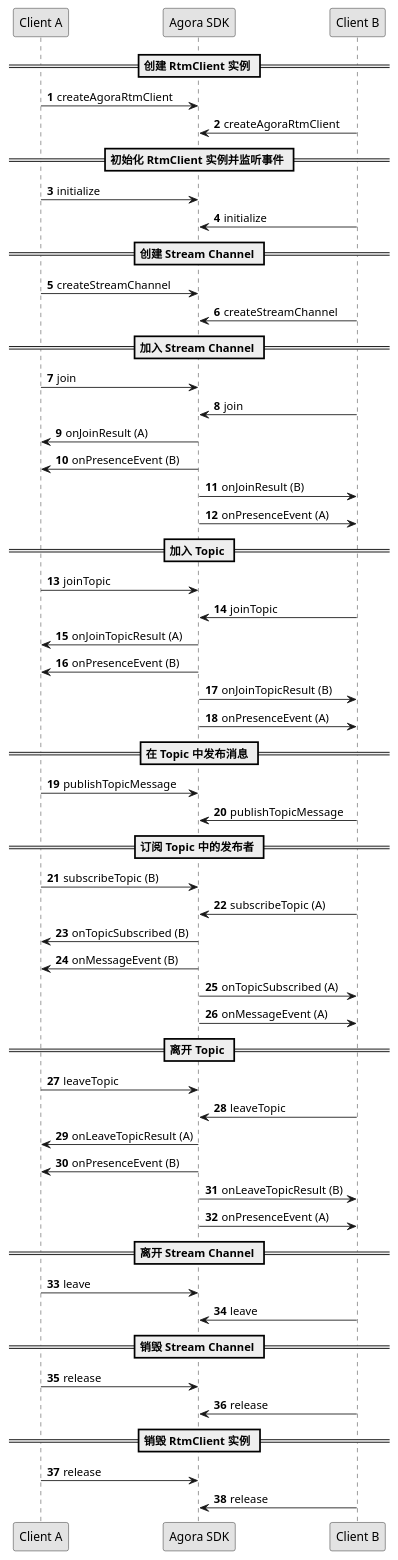
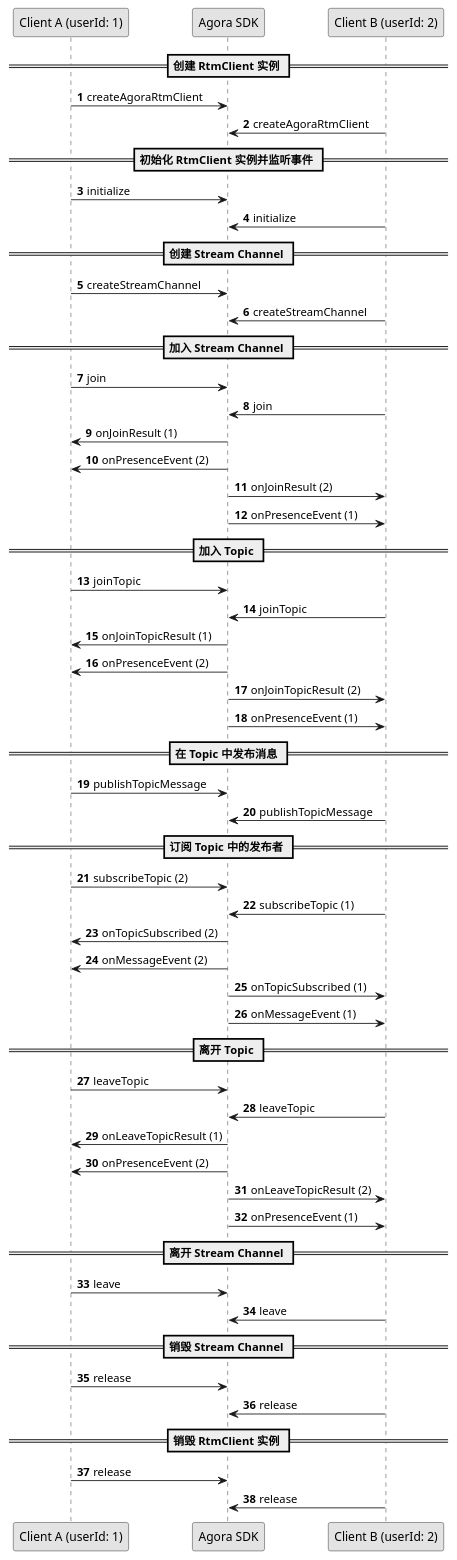
One commit to sadiea/agora_doc_source changed the diagram in markdown/RTM-2.x/image/flutter_RTM_streamchannel_call.wsd. Above: the diagram before and after it, drawn with PlantUML. The commit also changed 1 other file, not shown here.

```diff
--- a/markdown/RTM-2.x/image/flutter_RTM_streamchannel_call.wsd
+++ b/markdown/RTM-2.x/image/flutter_RTM_streamchannel_call.wsd
@@ -1,56 +1,56 @@
 @startuml
 autonumber
 skinparam monochrome true
-participant "Client A" as app1
+participant "Client A (userId: 1)" as app1
 participant "Agora SDK" as sdk
-participant "Client B" as app2
+participant "Client B (userId: 2)" as app2
 == 创建 RtmClient 实例 ==
 app1 -> sdk: createAgoraRtmClient
 app2 -> sdk: createAgoraRtmClient
 == 初始化 RtmClient 实例并监听事件 ==
 app1 -> sdk: initialize
 app2 -> sdk: initialize
 == 创建 Stream Channel ==
 app1 -> sdk: createStreamChannel
 app2 -> sdk: createStreamChannel
 == 加入 Stream Channel ==
 app1 -> sdk: join
 app2 -> sdk: join
-sdk -> app1: onJoinResult (A)
-sdk -> app1: onPresenceEvent (B)
-sdk -> app2: onJoinResult (B)
-sdk -> app2: onPresenceEvent (A)
+sdk -> app1: onJoinResult (1)
+sdk -> app1: onPresenceEvent (2)
+sdk -> app2: onJoinResult (2)
+sdk -> app2: onPresenceEvent (1)
 == 加入 Topic ==
 app1 -> sdk: joinTopic
 app2 -> sdk: joinTopic
-sdk -> app1: onJoinTopicResult (A)
-sdk -> app1: onPresenceEvent (B)
-sdk -> app2: onJoinTopicResult (B)
-sdk -> app2: onPresenceEvent (A)
+sdk -> app1: onJoinTopicResult (1)
+sdk -> app1: onPresenceEvent (2)
+sdk -> app2: onJoinTopicResult (2)
+sdk -> app2: onPresenceEvent (1)
 == 在 Topic 中发布消息 ==
 app1 -> sdk: publishTopicMessage
 app2 -> sdk: publishTopicMessage
 == 订阅 Topic 中的发布者 ==
-app1 -> sdk: subscribeTopic (B)
-app2 -> sdk: subscribeTopic (A)
-sdk -> app1: onTopicSubscribed (B)
-sdk -> app1: onMessageEvent (B)
-sdk -> app2: onTopicSubscribed (A)
-sdk -> app2: onMessageEvent (A)
+app1 -> sdk: subscribeTopic (2)
+app2 -> sdk: subscribeTopic (1)
+sdk -> app1: onTopicSubscribed (2)
+sdk -> app1: onMessageEvent (2)
+sdk -> app2: onTopicSubscribed (1)
+sdk -> app2: onMessageEvent (1)
 == 离开 Topic ==
 app1 -> sdk: leaveTopic
 app2 -> sdk: leaveTopic
-sdk -> app1: onLeaveTopicResult (A)
-sdk -> app1: onPresenceEvent (B)
-sdk -> app2: onLeaveTopicResult (B)
-sdk -> app2: onPresenceEvent (A)
+sdk -> app1: onLeaveTopicResult (1)
+sdk -> app1: onPresenceEvent (2)
+sdk -> app2: onLeaveTopicResult (2)
+sdk -> app2: onPresenceEvent (1)
 == 离开 Stream Channel ==
 app1 -> sdk: leave
 app2 -> sdk: leave
 == 销毁 Stream Channel ==
 app1 -> sdk: release
 app2 -> sdk: release
 == 销毁 RtmClient 实例 ==
 app1 -> sdk: release
 app2 -> sdk: release
 @enduml
```
